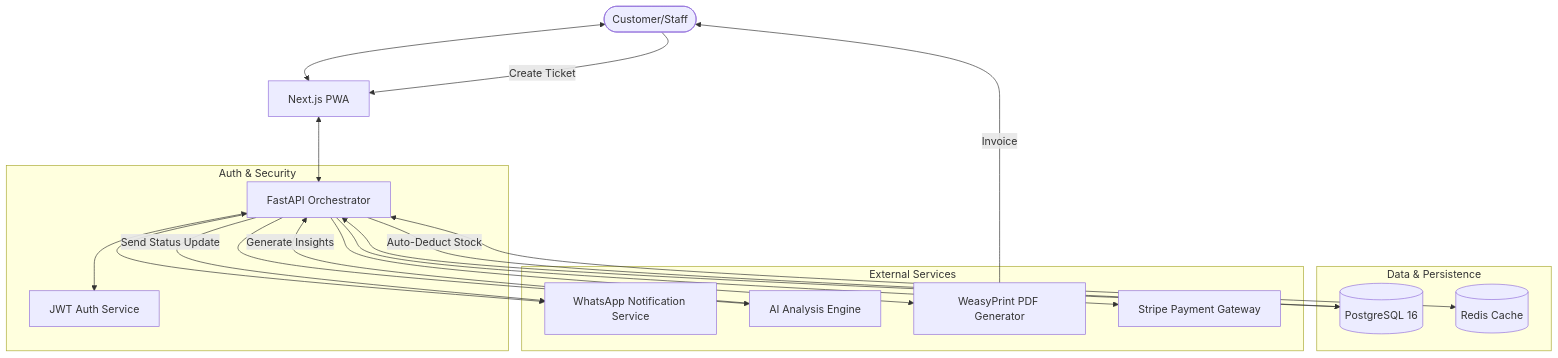
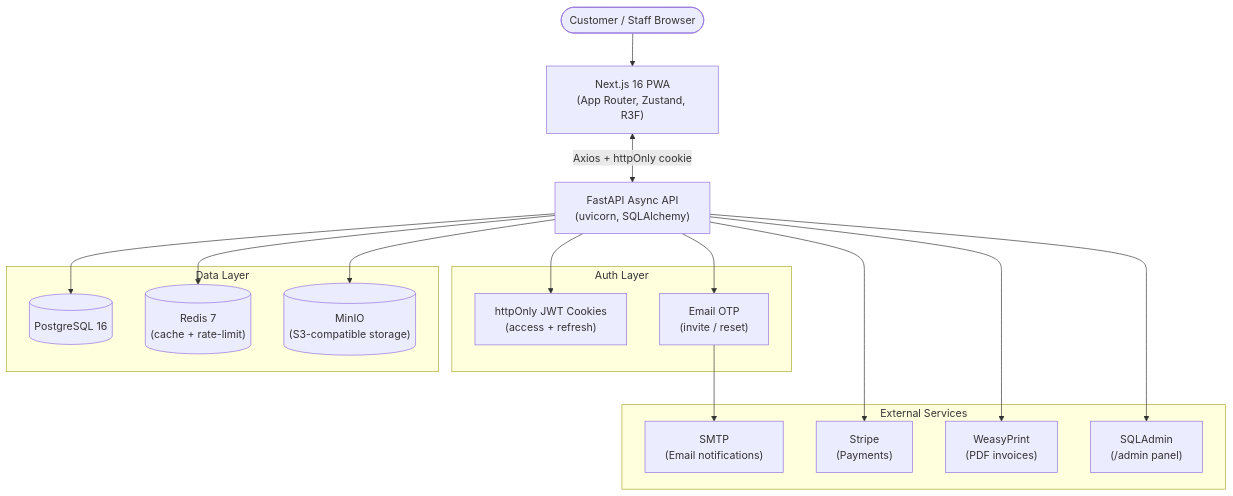
One commit to mohd98zaid/RepairDesk changed the diagram in README.md. Above: the diagram before and after it, drawn with Mermaid. The commit also changed other lines of this file and 13 other files, not shown here.

````diff
--- a/README.md
+++ b/README.md
@@ -79,28 +168,35 @@
 ```mermaid
 graph TD
-    User([Customer/Staff]) <--> Web[Next.js PWA]
-    Web <--> API[FastAPI Orchestrator]
-    
-    subgraph "Auth & Security"
-        API <--> JWT[JWT Auth Service]
+    User(["Customer / Staff Browser"])
+    Web["Next.js 16 PWA\n(App Router, Zustand, R3F)"]
+    API["FastAPI Async API\n(uvicorn, SQLAlchemy)"]
+
+    subgraph "Auth Layer"
+        JWT["httpOnly JWT Cookies\n(access + refresh)"]
+        OTP["Email OTP\n(invite / reset)"]
     end
-    
-    subgraph "Data & Persistence"
-        API <--> DB[(PostgreSQL 16)]
-        API <--> Cache[(Redis Cache)]
+
+    subgraph "Data Layer"
+        PG[("PostgreSQL 16")]
+        Redis[("Redis 7\n(cache + rate-limit)")]
+        MinIO[("MinIO\n(S3-compatible storage)")]
     end
-    
+
     subgraph "External Services"
-        API --> WhatsApp[WhatsApp Notification Service]
-        API --> AI[AI Analysis Engine]
-        API --> PDF[WeasyPrint PDF Generator]
-        API --> Stripe[Stripe Payment Gateway]
+        SMTP["SMTP\n(Email notifications)"]
+        Stripe["Stripe\n(Payments)"]
+        PDF["WeasyPrint\n(PDF invoices)"]
+        Admin["SQLAdmin\n(/admin panel)"]
     end
-    
-    %% Flows
-    User -- "Create Ticket" --> Web
-    API -- "Auto-Deduct Stock" --> DB
-    API -- "Send Status Update" --> WhatsApp
-    AI -- "Generate Insights" --> API
-    PDF -- "Invoice" --> User
+
+    User --> Web
+    Web <-->|"Axios + httpOnly cookie"| API
+    API --> JWT
+    API --> OTP --> SMTP
+    API --> PG
+    API --> Redis
+    API --> MinIO
+    API --> Stripe
+    API --> PDF
+    API --> Admin
 ```
````
